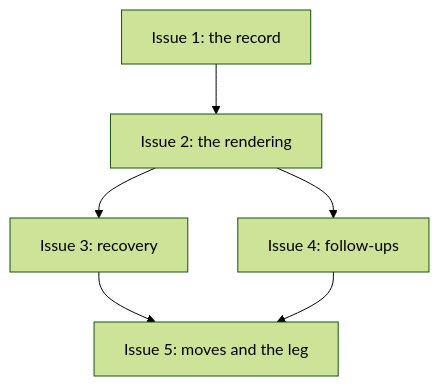
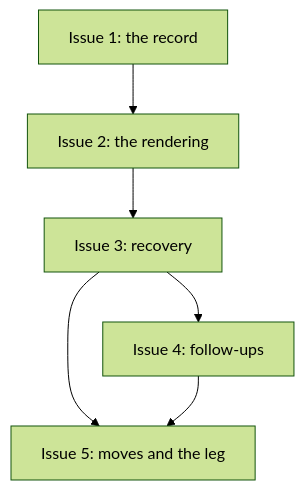
The diagram in docs/plans/PLAN-coordinated-run-session-record.md (tsukumogami/shirabe), drawn with Mermaid (forest theme) before and after one commit. The commit also changed other lines of this file and 2 other files, not shown here.

````diff
--- a/docs/plans/PLAN-coordinated-run-session-record.md
+++ b/docs/plans/PLAN-coordinated-run-session-record.md
@@ -276,8 +283,8 @@
 ```mermaid
 graph TD
     I1["Issue 1: the record"] --> I2["Issue 2: the rendering"]
     I2 --> I3["Issue 3: recovery"]
-    I2 --> I4["Issue 4: follow-ups"]
+    I3 --> I4["Issue 4: follow-ups"]
     I3 --> I5["Issue 5: moves and the leg"]
     I4 --> I5
 ```
````
